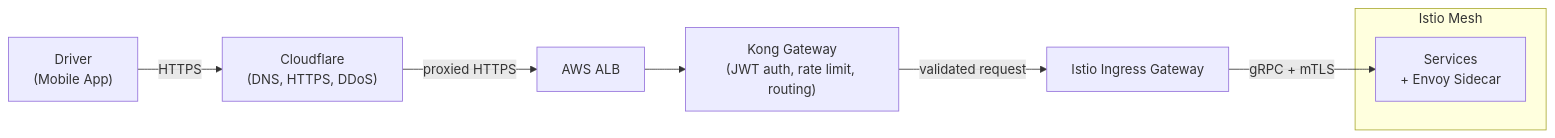
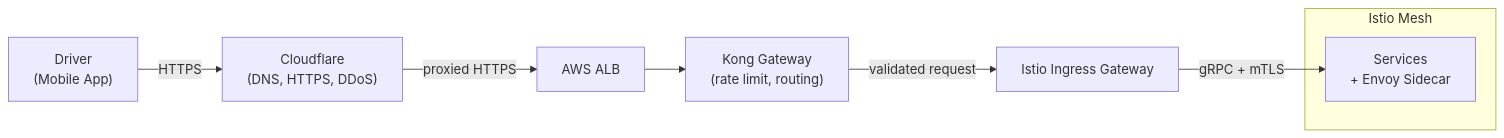
Diagram 11 of 23 in README.md (ParkirPintar/parkir-pintar-backend), drawn with Mermaid before and after one commit. The commit also changed other lines of this file and 42 other files, not shown here.

````diff
--- a/README.md
+++ b/README.md
@@ -840,17 +846,17 @@
 ```mermaid
 graph LR
     Driver["Driver\n(Mobile App)"]
     CF["Cloudflare\n(DNS, HTTPS, DDoS)"]
     ALB["AWS ALB"]
-    KONG["Kong Gateway\n(JWT auth, rate limit, routing)"]
+    KONG["Kong Gateway\n(rate limit, routing)"]
     IGW["Istio Ingress Gateway"]
     subgraph Istio Mesh
         SVC["Services\n+ Envoy Sidecar"]
     end
 
     Driver -->|HTTPS| CF
     CF -->|proxied HTTPS| ALB
     ALB --> KONG
     KONG -->|validated request| IGW
     IGW -->|gRPC + mTLS| SVC
 ```
````
